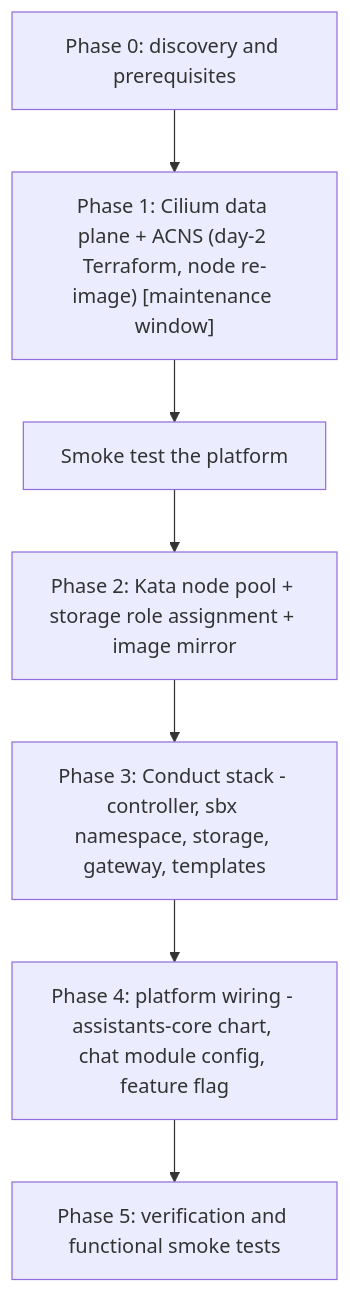
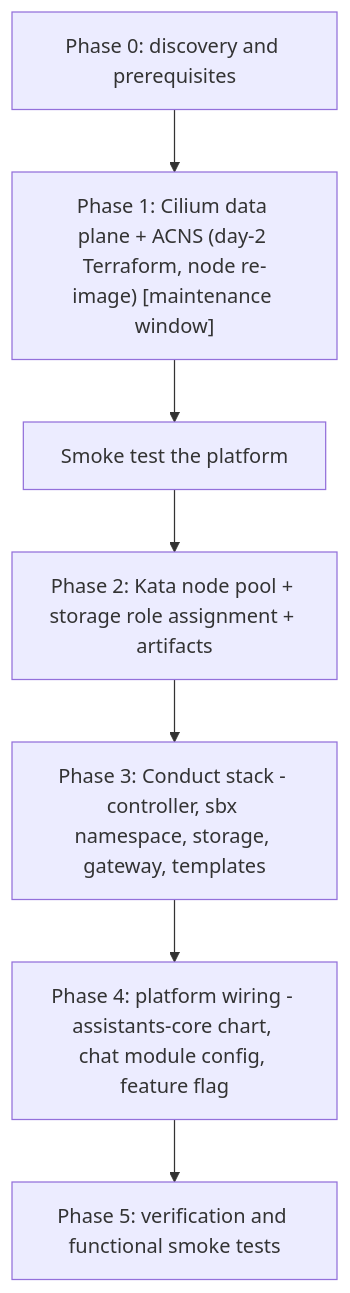
Before and after one commit to Unique-AG/hello-azure-v2: the second of 2 diagrams in docs/rollouts/2026-11-conduct.md, drawn with Mermaid. The commit also changed other lines of this file and 5 other files, not shown here.

````diff
--- a/docs/rollouts/2026-11-conduct.md
+++ b/docs/rollouts/2026-11-conduct.md
@@ -154,9 +154,9 @@
 ```mermaid
 flowchart TD
   P0[Phase 0: discovery and prerequisites] --> P1["Phase 1: Cilium data plane + ACNS (day-2 Terraform, node re-image) [maintenance window]"]
   P1 --> S1[Smoke test the platform]
-  S1 --> P2[Phase 2: Kata node pool + storage role assignment + image mirror]
+  S1 --> P2[Phase 2: Kata node pool + storage role assignment + artifacts]
   P2 --> P3[Phase 3: Conduct stack - controller, sbx namespace, storage, gateway, templates]
   P3 --> P4[Phase 4: platform wiring - assistants-core chart, chat module config, feature flag]
   P4 --> P5[Phase 5: verification and functional smoke tests]
 ```
````
